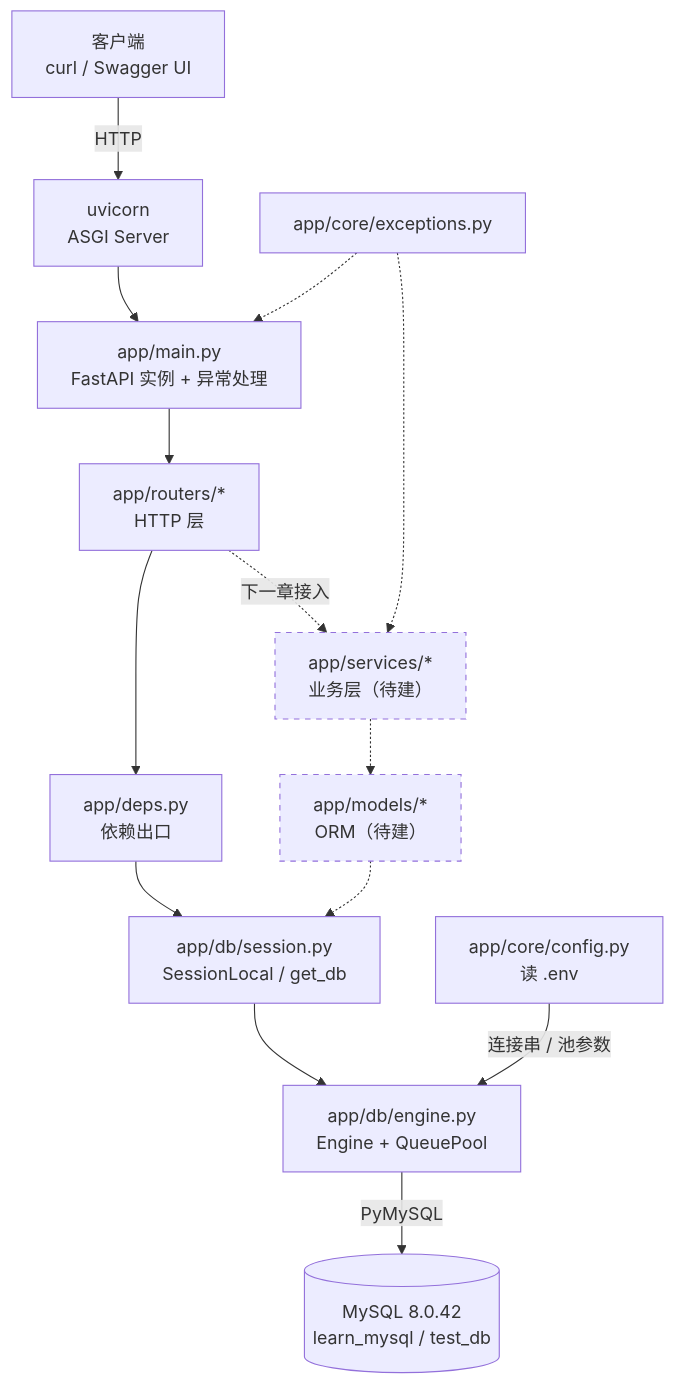
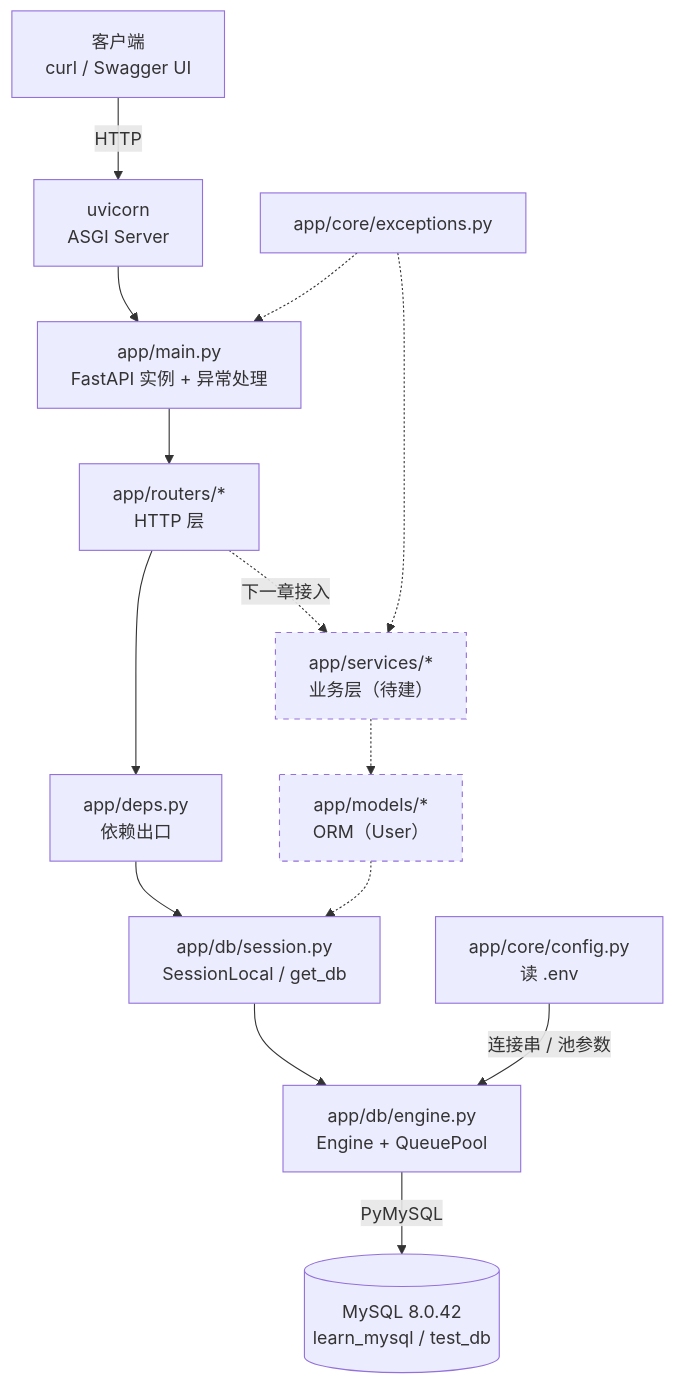
The first of 2 diagrams in docs/ARCHITECTURE.md (hqw77/mysql-learn), drawn with Mermaid before and after one commit. The commit also changed other lines of this file and 10 other files, not shown here.

First line of the commit message:
feat: 第三章 SQLAlchemy ORM 基础 —— User 模型 + Alembic 基线

````diff
--- a/docs/ARCHITECTURE.md
+++ b/docs/ARCHITECTURE.md
@@ -164,35 +164,35 @@
 ```mermaid
 flowchart TD
     client["客户端<br/>curl / Swagger UI"]
     uvicorn["uvicorn<br/>ASGI Server"]
     main["app/main.py<br/>FastAPI 实例 + 异常处理"]
     router["app/routers/*<br/>HTTP 层"]
     deps["app/deps.py<br/>依赖出口"]
     session["app/db/session.py<br/>SessionLocal / get_db"]
     engine["app/db/engine.py<br/>Engine + QueuePool"]
     db[("MySQL 8.0.42<br/>learn_mysql / test_db")]
 
     services["app/services/*<br/>业务层（待建）"]
-    models["app/models/*<br/>ORM（待建）"]
+    models["app/models/*<br/>ORM（User）"]
     config["app/core/config.py<br/>读 .env"]
     exceptions["app/core/exceptions.py"]
 
     client -->|HTTP| uvicorn
     uvicorn --> main
     main --> router
     router --> deps
     deps --> session
     session --> engine
     engine -->|PyMySQL| db
 
     router -.->|下一章接入| services
     services -.-> models
     models -.-> session
 
     config -->|连接串 / 池参数| engine
     exceptions -.-> services
     exceptions -.-> main
 
     style services stroke-dasharray: 5 5
     style models stroke-dasharray: 5 5
 ```
````
